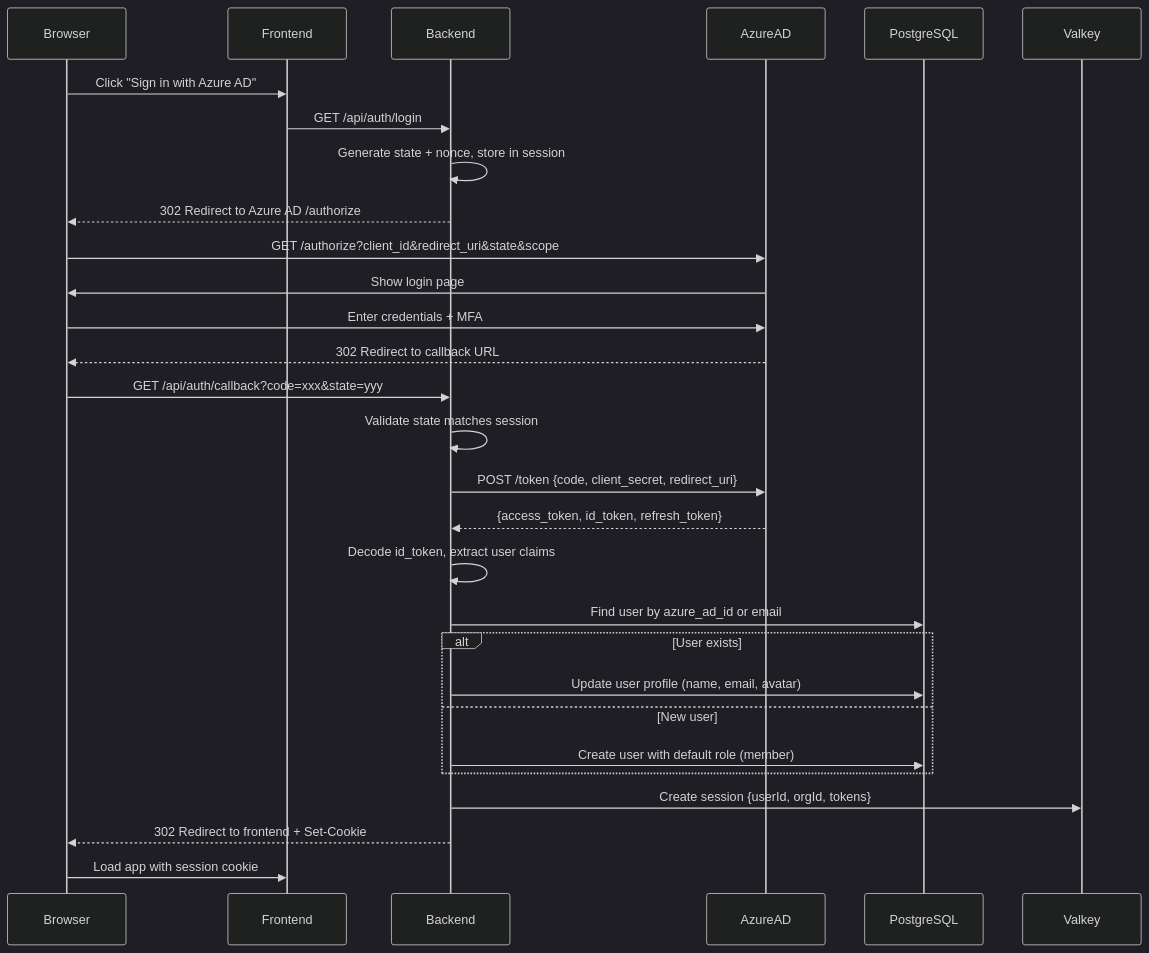
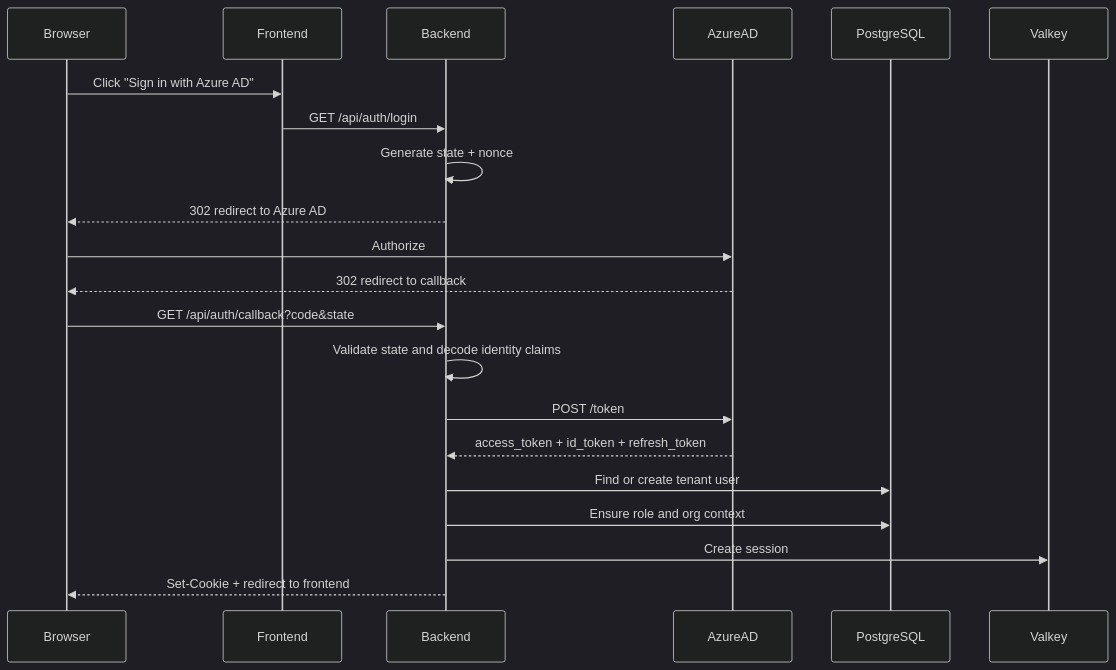
Before and after one commit to b-knowledge-solution/b-knowledge: the first of 3 diagrams in docs/detail-design/auth/azure-ad-flow.md, drawn with Mermaid (dark theme). The commit also changed other lines of this file and 391 other files, not shown here.

````diff
--- a/docs/detail-design/auth/azure-ad-flow.md
+++ b/docs/detail-design/auth/azure-ad-flow.md
@@ -9,37 +13,27 @@
 ```mermaid
 sequenceDiagram
     participant Browser
     participant Frontend
     participant Backend
     participant AzureAD
     participant DB as PostgreSQL
     participant Valkey
 
     Browser->>Frontend: Click "Sign in with Azure AD"
     Frontend->>Backend: GET /api/auth/login
-    Backend->>Backend: Generate state + nonce, store in session
-    Backend-->>Browser: 302 Redirect to Azure AD /authorize
+    Backend->>Backend: Generate state + nonce
+    Backend-->>Browser: 302 redirect to Azure AD
 
-    Browser->>AzureAD: GET /authorize?client_id&redirect_uri&state&scope
-    AzureAD->>Browser: Show login page
-    Browser->>AzureAD: Enter credentials + MFA
-    AzureAD-->>Browser: 302 Redirect to callback URL
+    Browser->>AzureAD: Authorize
+    AzureAD-->>Browser: 302 redirect to callback
+    Browser->>Backend: GET /api/auth/callback?code&state
 
-    Browser->>Backend: GET /api/auth/callback?code=xxx&state=yyy
+    Backend->>Backend: Validate state and decode identity claims
+    Backend->>AzureAD: POST /token
+    AzureAD-->>Backend: access_token + id_token + refresh_token
 
-    Backend->>Backend: Validate state matches session
-    Backend->>AzureAD: POST /token {code, client_secret, redirect_uri}
-    AzureAD-->>Backend: {access_token, id_token, refresh_token}
-
-    Backend->>Backend: Decode id_token, extract user claims
-    Backend->>DB: Find user by azure_ad_id or email
-    alt User exists
-        Backend->>DB: Update user profile (name, email, avatar)
-    else New user
-        Backend->>DB: Create user with default role (member)
-    end
-
-    Backend->>Valkey: Create session {userId, orgId, tokens}
-    Backend-->>Browser: 302 Redirect to frontend + Set-Cookie
-    Browser->>Frontend: Load app with session cookie
+    Backend->>DB: Find or create tenant user
+    Backend->>DB: Ensure role and org context
+    Backend->>Valkey: Create session
+    Backend-->>Browser: Set-Cookie + redirect to frontend
 ```
````
